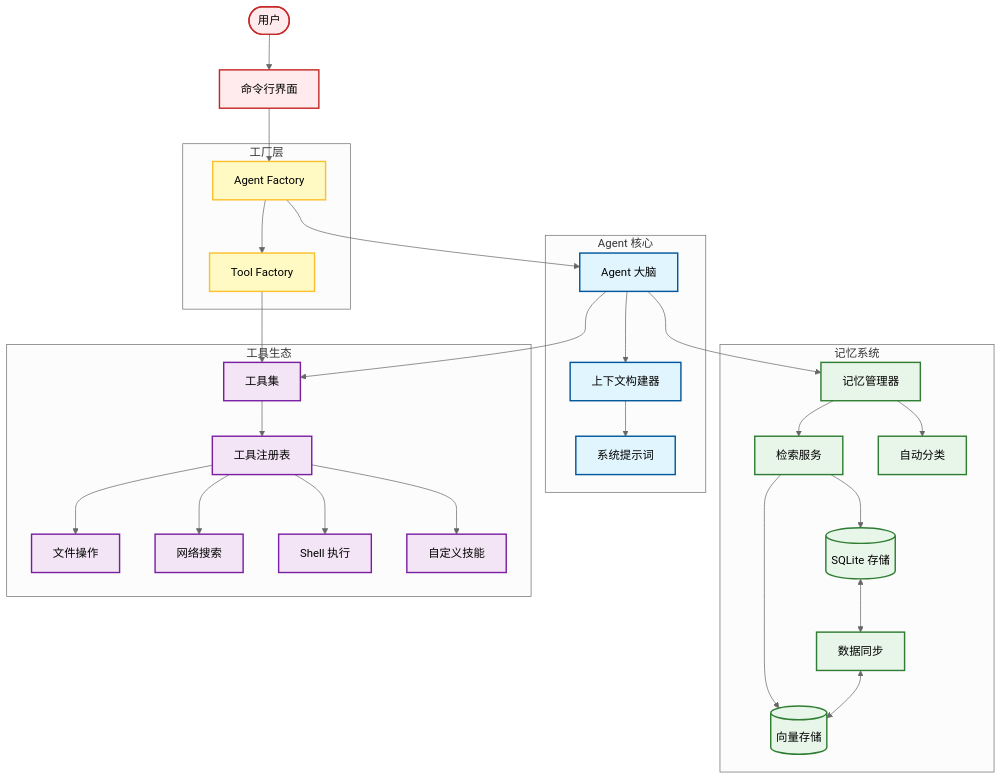
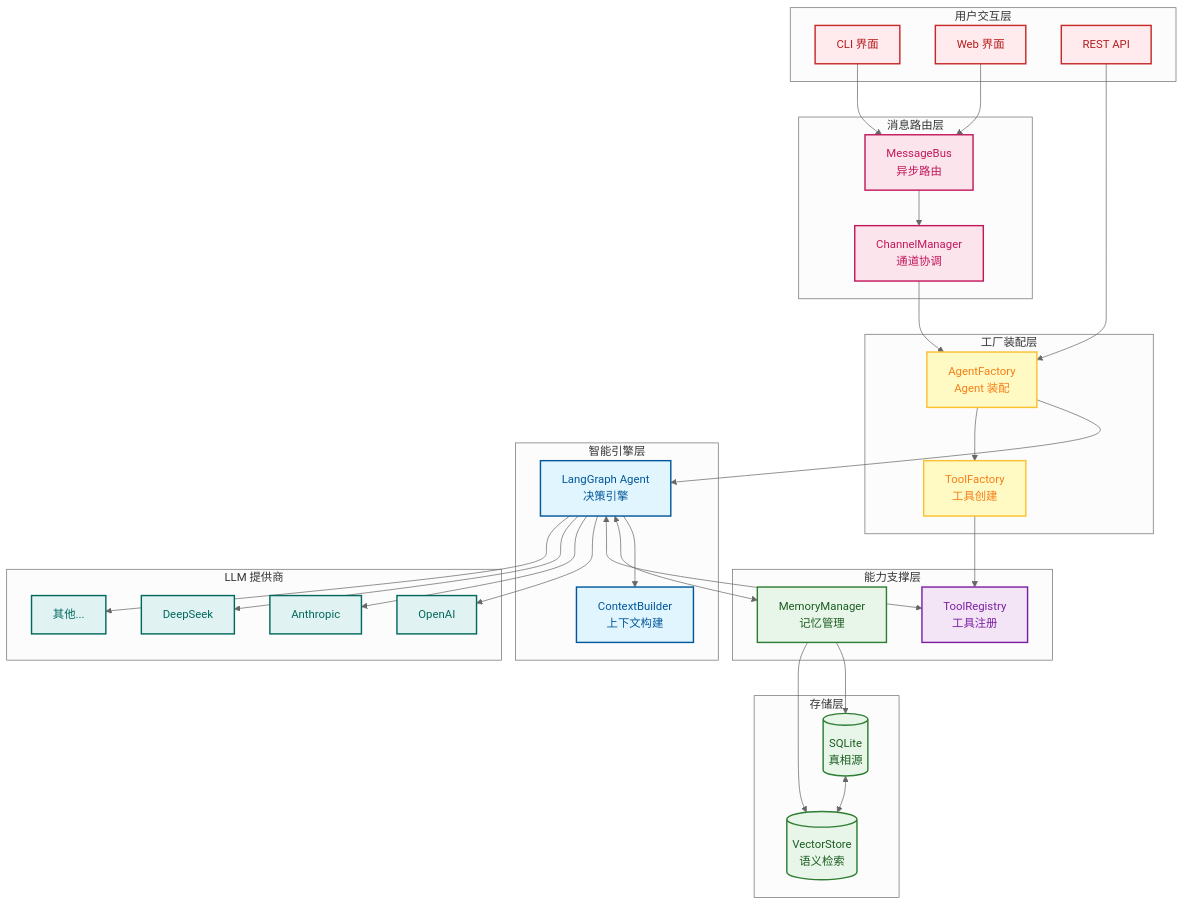
One commit to xt765/FinchBot changed the second of 6 diagrams in docs/zh-CN/blog/finchbot-flexible-ai-agent-framework.md. Above: the diagram before and after it, drawn with Mermaid (neutral theme). The commit also changed other lines of this file and 18 other files, not shown here.

First line of the commit message:
docs: 简化架构图并删除所有mermaid图中的表情包

````diff
--- a/docs/zh-CN/blog/finchbot-flexible-ai-agent-framework.md
+++ b/docs/zh-CN/blog/finchbot-flexible-ai-agent-framework.md
@@ -125,69 +120,71 @@
 ```mermaid
-graph TD
-    %% 样式定义
-    classDef core fill:#e1f5fe,stroke:#01579b,stroke-width:2px;
-    classDef factory fill:#fff9c4,stroke:#fbc02d,stroke-width:2px;
-    classDef memory fill:#e8f5e9,stroke:#2e7d32,stroke-width:2px;
-    classDef tools fill:#f3e5f5,stroke:#7b1fa2,stroke-width:2px;
-    classDef user fill:#ffebee,stroke:#c62828,stroke-width:2px;
+graph TB
+    classDef userLayer fill:#ffebee,stroke:#c62828,stroke-width:2px,color:#b71c1c;
+    classDef channelLayer fill:#fce4ec,stroke:#c2185b,stroke-width:2px,color:#c2185b;
+    classDef factoryLayer fill:#fff9c4,stroke:#fbc02d,stroke-width:2px,color:#f57f17;
+    classDef coreLayer fill:#e1f5fe,stroke:#01579b,stroke-width:2px,color:#01579b;
+    classDef memoryLayer fill:#e8f5e9,stroke:#2e7d32,stroke-width:2px,color:#1b5e20;
+    classDef toolLayer fill:#f3e5f5,stroke:#7b1fa2,stroke-width:2px,color:#7b1fa2;
+    classDef infraLayer fill:#e0f2f1,stroke:#00695c,stroke-width:2px,color:#00695c;
 
-    %% 用户交互层
-    User([用户]) --> CLI[命令行界面]
-    class User user
-    class CLI user
+    subgraph Layer1 [用户交互层]
+        CLI[CLI 界面]:::userLayer
+        WebUI[Web 界面]:::userLayer
+        API[REST API]:::userLayer
+    end
 
-    %% 工厂层
-    subgraph Factory_Layer [工厂层]
-        AgentFactory[Agent Factory]
-        ToolFactory[Tool Factory]
+    subgraph Layer2 [消息路由层]
+        Bus[MessageBus<br/>异步路由]:::channelLayer
+        CM[ChannelManager<br/>通道协调]:::channelLayer
     end
-    class AgentFactory,ToolFactory factory
 
-    CLI --> AgentFactory
-    AgentFactory --> Agent
-    AgentFactory --> ToolFactory
-    ToolFactory --> ToolSet
+    subgraph Layer3 [工厂装配层]
+        AF[AgentFactory<br/>Agent 装配]:::factoryLayer
+        TF[ToolFactory<br/>工具创建]:::factoryLayer
+    end
 
-    %% 核心层
-    subgraph Agent_Core [Agent 核心]
-        Agent[Agent 大脑]
-        ContextBuilder[上下文构建器]
-        SystemPrompt[系统提示词]
-      
-        Agent --> ContextBuilder
-        ContextBuilder --> SystemPrompt
+    subgraph Layer4 [智能引擎层]
+        Agent[LangGraph Agent<br/>决策引擎]:::coreLayer
+        CB[ContextBuilder<br/>上下文构建]:::coreLayer
     end
-    class Agent,ContextBuilder,SystemPrompt core
 
-    %% 记忆系统
-    subgraph Memory_System [记忆系统]
-        MemoryMgr[记忆管理器]
-        SQLite[(SQLite 存储)]
-        Vector[(向量存储)]
-        Sync[数据同步]
-      
-        MemoryMgr --> Retrieval[检索服务]
-        MemoryMgr --> Classification[自动分类]
-        Retrieval --> SQLite
-        Retrieval --> Vector
-        SQLite <--> Sync <--> Vector
+    subgraph Layer5 [能力支撑层]
+        MM[MemoryManager<br/>记忆管理]:::memoryLayer
+        TR[ToolRegistry<br/>工具注册]:::toolLayer
     end
-    class MemoryMgr,SQLite,Vector,Sync,Retrieval,Classification memory
 
-    Agent --> MemoryMgr
+    subgraph Layer6 [存储层]
+        SQLite[(SQLite<br/>真相源)]:::memoryLayer
+        Vector[(VectorStore<br/>语义检索)]:::memoryLayer
+    end
 
-    %% 工具系统
-    subgraph Tool_Ecosystem [工具生态]
-        ToolSet[工具集]
-        ToolRegistry[工具注册表]
-      
-        ToolSet --> ToolRegistry
-        ToolRegistry --> File[文件操作]
-        ToolRegistry --> Web[网络搜索]
-        ToolRegistry --> Shell[Shell 执行]
-        ToolRegistry --> Custom[自定义技能]
+    subgraph Layer7 [LLM 提供商]
+        OpenAI[OpenAI]:::infraLayer
+        Anthropic[Anthropic]:::infraLayer
+        DeepSeek[DeepSeek]:::infraLayer
+        Others[其他...]:::infraLayer
     end
-    class ToolSet,ToolRegistry,File,Web,Shell,Custom tools
 
-    Agent --> ToolSet
+    CLI --> Bus
+    WebUI --> Bus
+    API --> AF
+    
+    Bus --> CM
+    CM --> AF
+    
+    AF --> Agent
+    AF --> TF
+    TF --> TR
+    
+    Agent --> CB
+    Agent <--> MM
+    Agent <--> TR
+    Agent --> OpenAI
+    Agent --> Anthropic
+    Agent --> DeepSeek
+    Agent --> Others
+    
+    MM --> SQLite
+    MM --> Vector
+    SQLite <--> Vector
 ```
````
